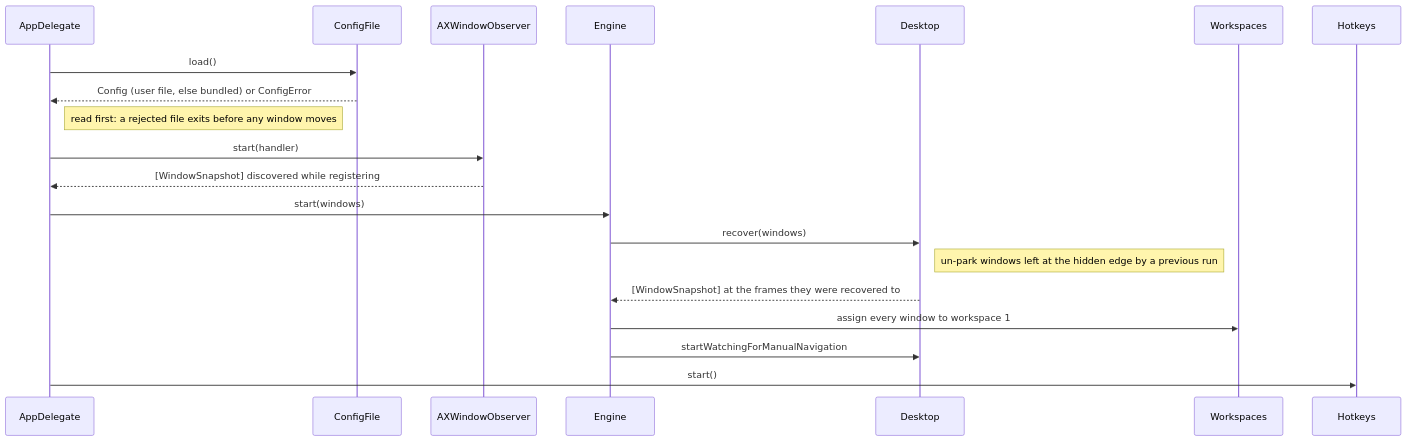
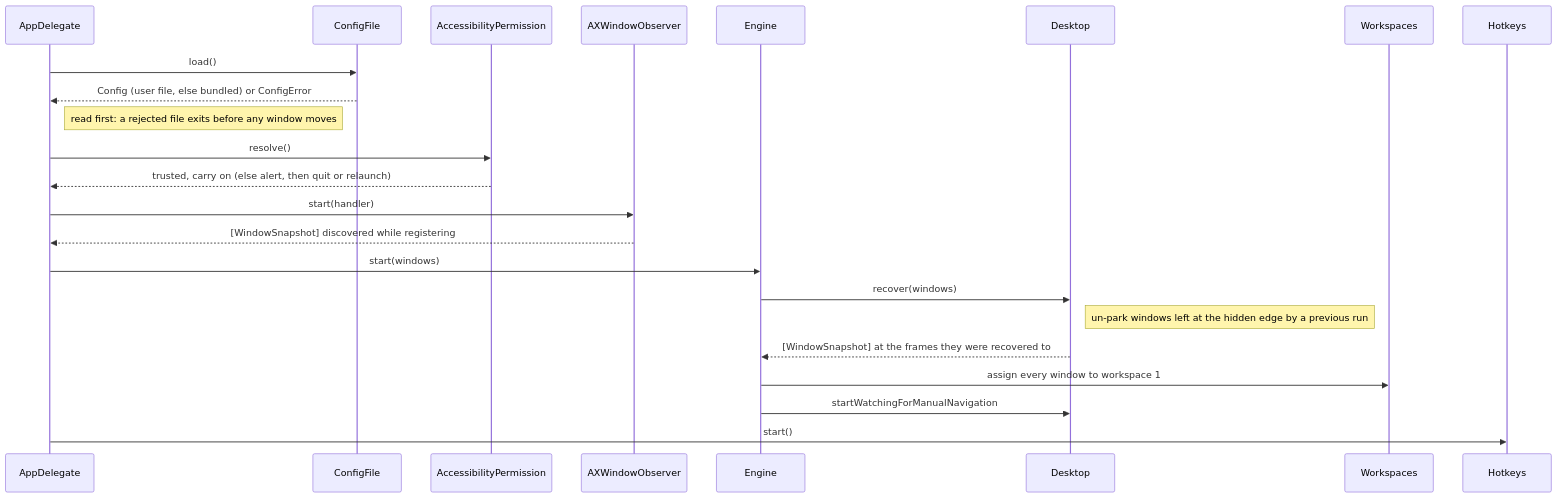
The second of 4 diagrams in ARCHITECTURE.md (brennovich/ottowm), drawn with Mermaid before and after one commit. The commit also changed other lines of this file and 3 other files, not shown here.

Commit message:
Add Accessibility permission flow

````diff
--- a/ARCHITECTURE.md
+++ b/ARCHITECTURE.md
@@ -76,15 +77,17 @@
 ```mermaid
 sequenceDiagram
     AppDelegate->>ConfigFile: load()
     ConfigFile-->>AppDelegate: Config (user file, else bundled) or ConfigError
     Note right of AppDelegate: read first: a rejected file exits before any window moves
+    AppDelegate->>AccessibilityPermission: resolve()
+    AccessibilityPermission-->>AppDelegate: trusted, carry on (else alert, then quit or relaunch)
     AppDelegate->>AXWindowObserver: start(handler)
     AXWindowObserver-->>AppDelegate: [WindowSnapshot] discovered while registering
     AppDelegate->>Engine: start(windows)
     Engine->>Desktop: recover(windows)
     Note right of Desktop: un-park windows left at the hidden edge by a previous run
     Desktop-->>Engine: [WindowSnapshot] at the frames they were recovered to
     Engine->>Workspaces: assign every window to workspace 1
     Engine->>Desktop: startWatchingForManualNavigation
     AppDelegate->>Hotkeys: start()
 ```
````
